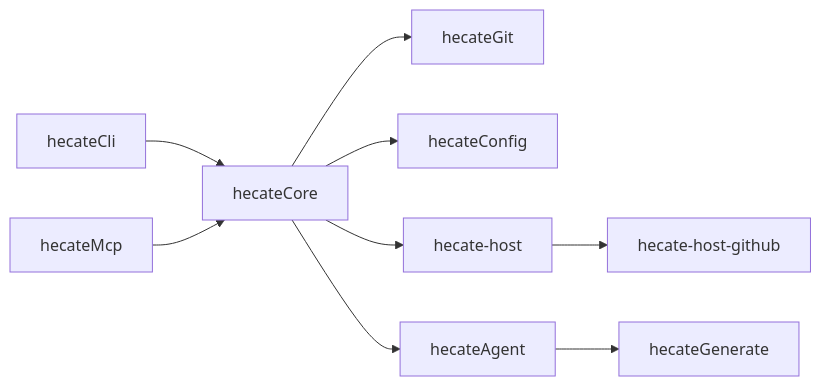
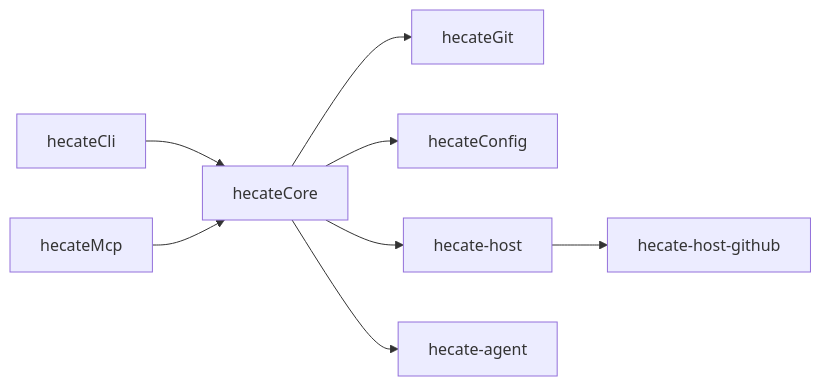
Before and after one commit to CodyJamesCasey/hecate: the diagram in PRD.md, drawn with Mermaid. The commit also changed other lines of this file and 24 other files, not shown here.

````diff
--- a/PRD.md
+++ b/PRD.md
@@ -145,11 +145,10 @@
 ```mermaid
 flowchart LR
   hecateCli[hecateCli] --> hecateCore[hecateCore]
   hecateMcp[hecateMcp] --> hecateCore
   hecateCore --> hecateGit[hecateGit]
   hecateCore --> hecateConfig[hecateConfig]
   hecateCore --> hecateHost[hecate-host]
   hecateHost --> hecateHostGithub[hecate-host-github]
-  hecateCore --> hecateAgent[hecateAgent]
-  hecateAgent --> hecateGenerate[hecateGenerate]
+  hecateCore --> hecateAgent[hecate-agent]
 ```
````
